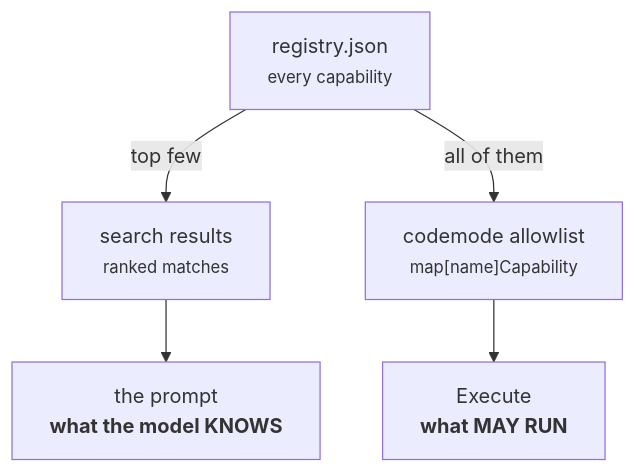
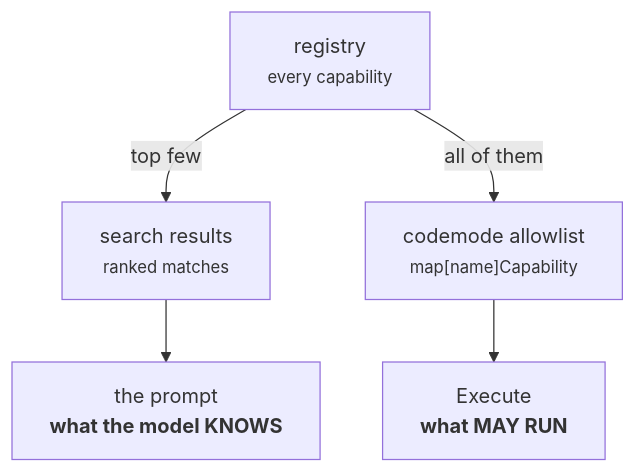
Before and after one commit to mukezhz/codemode: the second of 4 diagrams in docs/content/flow.md, drawn with Mermaid. The commit also changed other lines of this file and 22 other files, not shown here.

````diff
--- a/docs/content/flow.md
+++ b/docs/content/flow.md
@@ -121,8 +121,8 @@
 ```mermaid
 flowchart TD
-  registry["registry.json<br/><small>every capability</small>"]
+  registry["registry<br/><small>every capability</small>"]
   registry -->|top few| matches["search results<br/><small>ranked matches</small>"]
   registry -->|all of them| allow["codemode allowlist<br/><small>map[name]Capability</small>"]
   matches --> prompt["the prompt<br/><b>what the model KNOWS</b>"]
   allow --> exec["Execute<br/><b>what MAY RUN</b>"]
 ```
````
